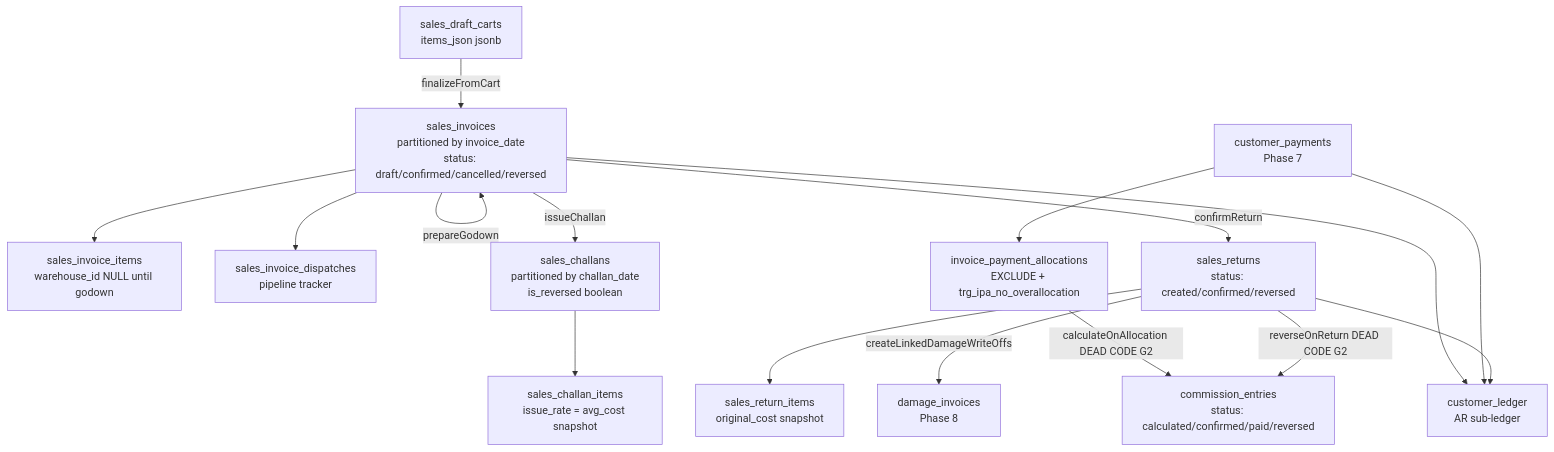
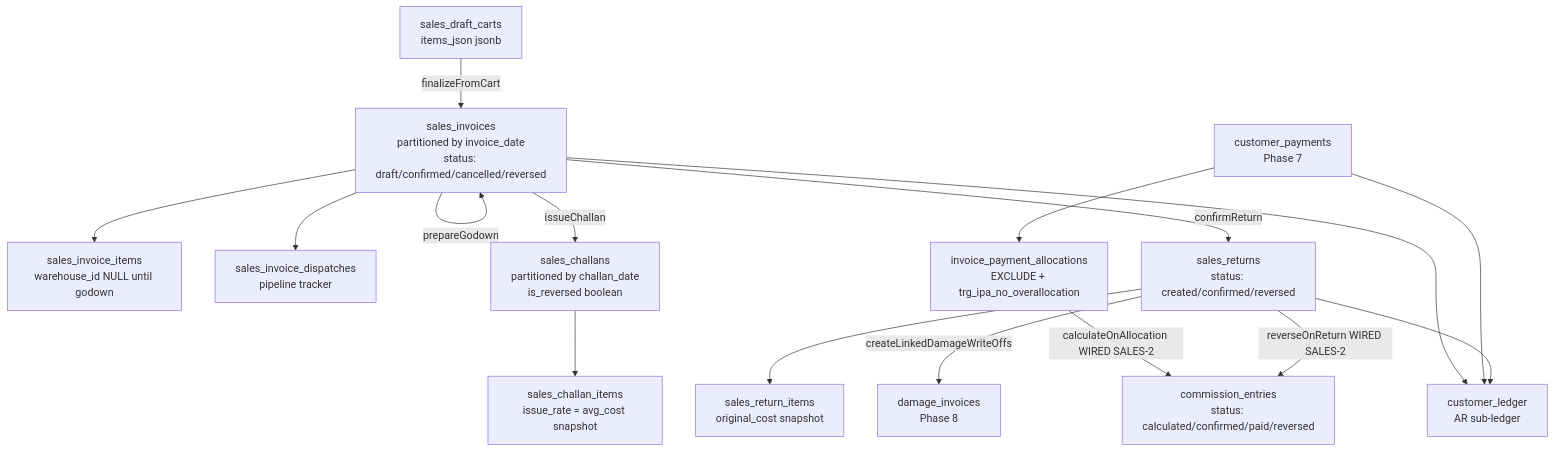
The diagram in AI_CONTEXT/sales/sales-overview.md (sajidchowdhury/debugRC), drawn with Mermaid before and after one commit. The commit also changed other lines of this file and 2 other files, not shown here.

First line of the commit message:
docs: sync ISSUES_REGISTER + AI_CONTEXT sales docs — mark G-058 resolved (SALES-2)

````diff
--- a/AI_CONTEXT/sales/sales-overview.md
+++ b/AI_CONTEXT/sales/sales-overview.md
@@ -183,31 +184,31 @@
 ```mermaid
 graph TD
     Cart[sales_draft_carts<br/>items_json jsonb]
     Invoice[sales_invoices<br/>partitioned by invoice_date<br/>status: draft/confirmed/cancelled/reversed]
     Items[sales_invoice_items<br/>warehouse_id NULL until godown]
     Dispatches[sales_invoice_dispatches<br/>pipeline tracker]
     Challan[sales_challans<br/>partitioned by challan_date<br/>is_reversed boolean]
     ChallanItems[sales_challan_items<br/>issue_rate = avg_cost snapshot]
     Return[sales_returns<br/>status: created/confirmed/reversed]
     ReturnItems[sales_return_items<br/>original_cost snapshot]
     Payment[customer_payments<br/>Phase 7]
     Allocations[invoice_payment_allocations<br/>EXCLUDE + trg_ipa_no_overallocation]
     Commission[commission_entries<br/>status: calculated/confirmed/paid/reversed]
     CustomerLedger[customer_ledger<br/>AR sub-ledger]
 
     Cart -->|finalizeFromCart| Invoice
     Invoice --> Items
     Invoice --> Dispatches
     Invoice -->|prepareGodown| Invoice
     Invoice -->|issueChallan| Challan
     Challan --> ChallanItems
     Invoice -->|confirmReturn| Return
     Return --> ReturnItems
     Return -->|createLinkedDamageWriteOffs| DamageInvoices[damage_invoices<br/>Phase 8]
     Payment --> Allocations
-    Allocations -->|calculateOnAllocation DEAD CODE G2| Commission
-    Return -->|reverseOnReturn DEAD CODE G2| Commission
+    Allocations -->|calculateOnAllocation WIRED SALES-2| Commission
+    Return -->|reverseOnReturn WIRED SALES-2| Commission
     Invoice --> CustomerLedger
     Payment --> CustomerLedger
     Return --> CustomerLedger
 ```
````
